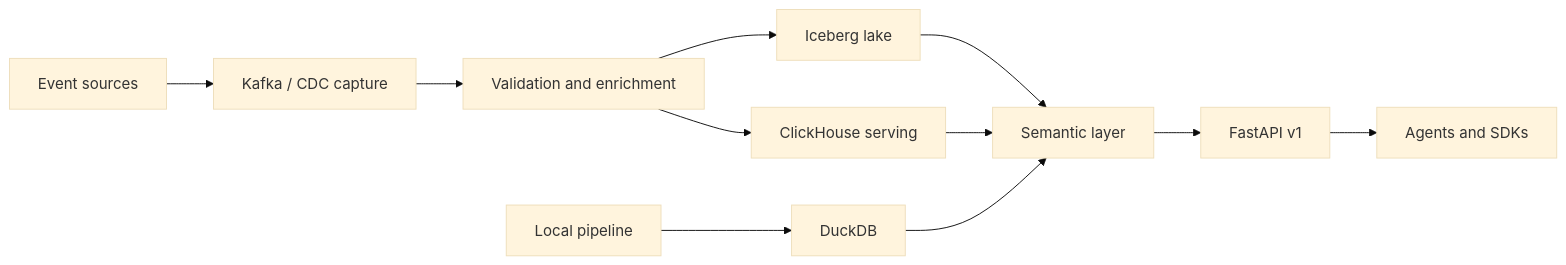
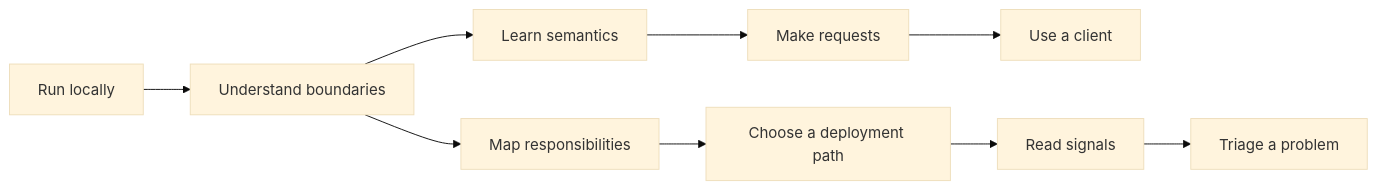
Before and after one commit to brownjuly2003-code/agentflow: the diagram in docs/index.md, drawn with Mermaid (base theme). The commit also changed other lines of this file and 2 other files, not shown here.

````diff
--- a/docs/index.md
+++ b/docs/index.md
@@ -36,13 +26,11 @@
 ```mermaid
 flowchart LR
-    sources["Event sources"] --> capture["Kafka / CDC capture"]
-    capture --> processing["Validation and enrichment"]
-    processing --> lake["Iceberg lake"]
-    processing --> serving["ClickHouse serving"]
-    local["Local pipeline"] --> duckdb["DuckDB"]
-    lake --> semantic["Semantic layer"]
-    serving --> semantic
-    duckdb --> semantic
-    semantic --> api["FastAPI v1"]
-    api --> clients["Agents and SDKs"]
+    quickstart["Run locally"] --> architecture["Understand boundaries"]
+    architecture --> concepts["Learn semantics"]
+    architecture --> components["Map responsibilities"]
+    concepts --> api["Make requests"]
+    api --> sdk["Use a client"]
+    components --> deployment["Choose a deployment path"]
+    deployment --> observability["Read signals"]
+    observability --> troubleshooting["Triage a problem"]
 ```
````
